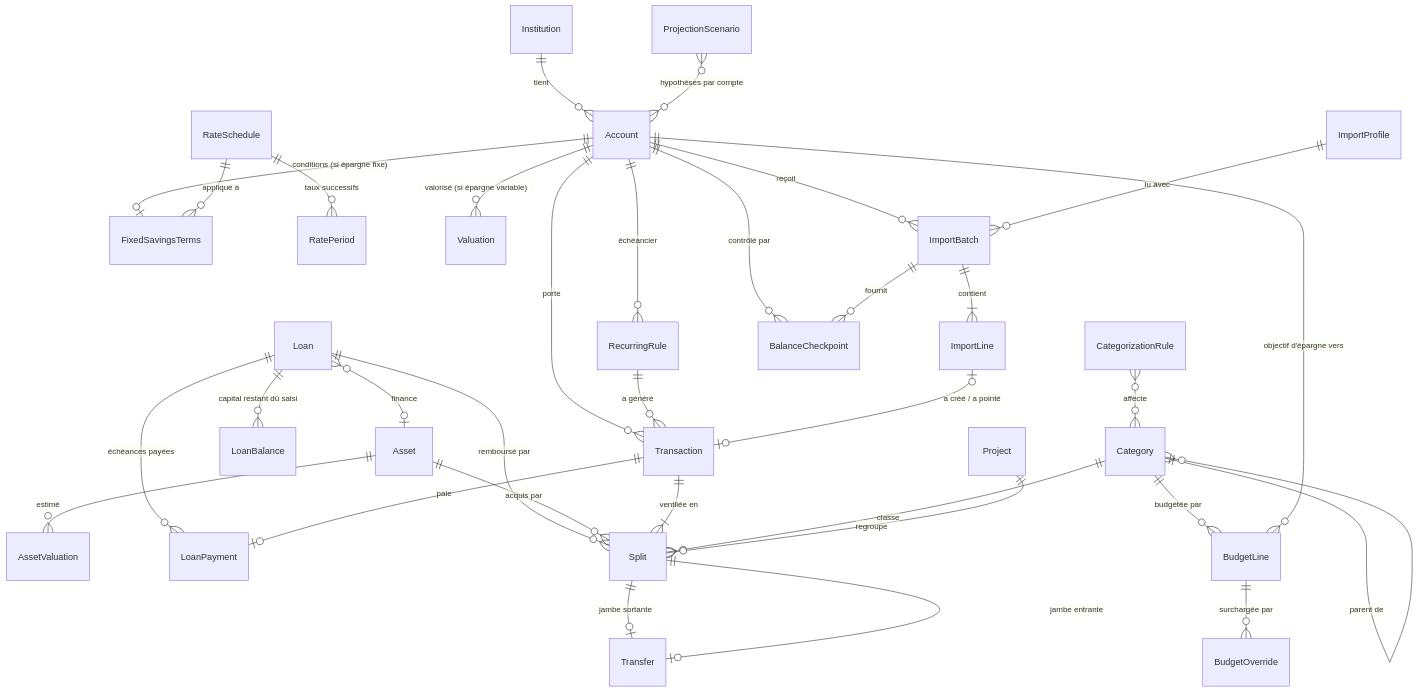
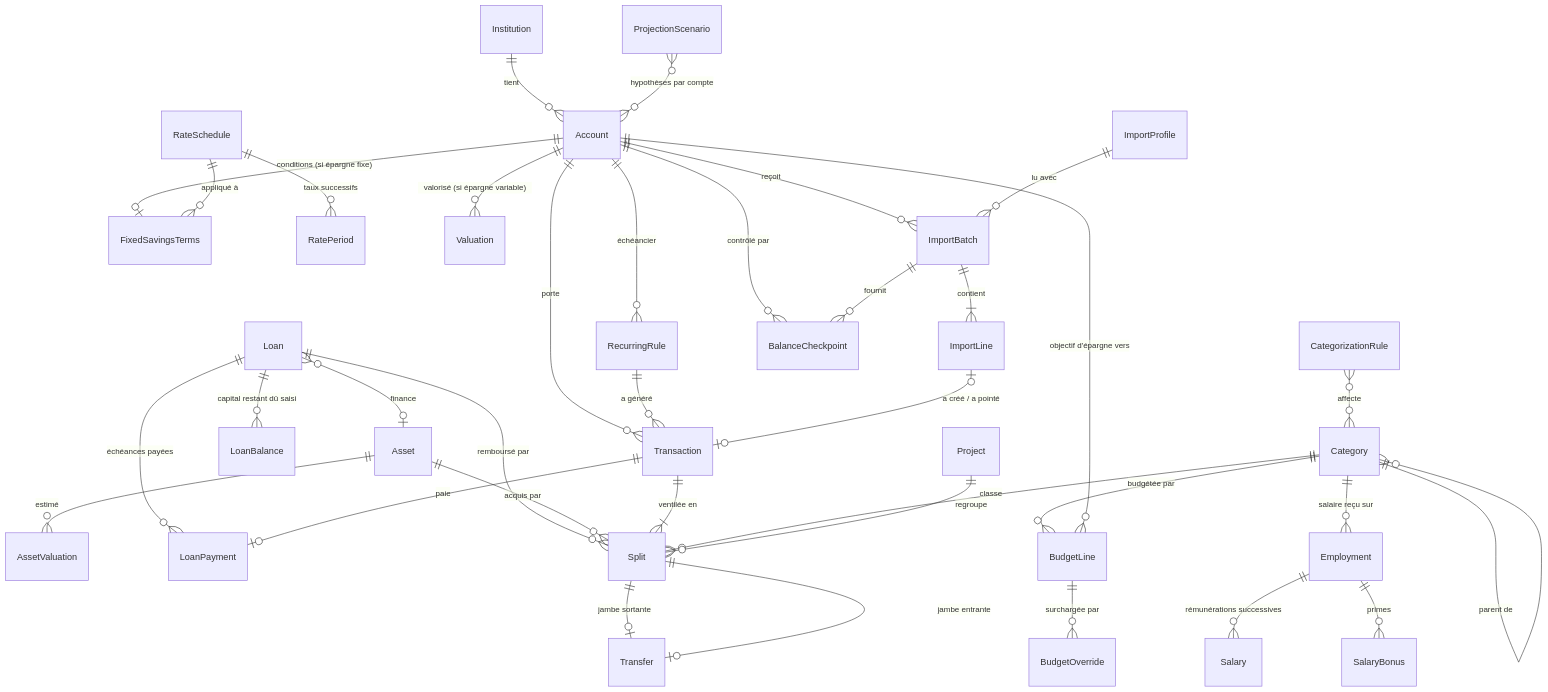
One commit to quentinpigne/cashflow changed the diagram in docs/modele-de-donnees.md. Above: the diagram before and after it, drawn with Mermaid. The commit also changed other lines of this file and 10 other files, not shown here.

````diff
--- a/docs/modele-de-donnees.md
+++ b/docs/modele-de-donnees.md
@@ -46,35 +46,38 @@
 ```mermaid
 erDiagram
     Institution ||--o{ Account : "tient"
     Account ||--o| FixedSavingsTerms : "conditions (si épargne fixe)"
     Asset ||--o{ AssetValuation : "estimé"
     Loan ||--o{ LoanBalance : "capital restant dû saisi"
     Loan }o--o| Asset : "finance"
     Loan ||--o{ LoanPayment : "échéances payées"
     Transaction ||--o| LoanPayment : "paie"
     Loan ||--o{ Split : "remboursé par"
     Asset ||--o{ Split : "acquis par"
+    Employment ||--o{ Salary : "rémunérations successives"
+    Employment ||--o{ SalaryBonus : "primes"
+    Category ||--o{ Employment : "salaire reçu sur"
     RateSchedule ||--o{ RatePeriod : "taux successifs"
     RateSchedule ||--o{ FixedSavingsTerms : "appliqué à"
     Account ||--o{ Valuation : "valorisé (si épargne variable)"
     Account ||--o{ Transaction : "porte"
     Transaction ||--|{ Split : "ventilée en"
     Category ||--o{ Split : "classe"
     Category ||--o{ Category : "parent de"
     Split ||--o| Transfer : "jambe sortante"
     Split ||--o| Transfer : "jambe entrante"
     Account ||--o{ RecurringRule : "échéancier"
     RecurringRule ||--o{ Transaction : "a généré"
     Account ||--o{ ImportBatch : "reçoit"
     ImportProfile ||--o{ ImportBatch : "lu avec"
     ImportBatch ||--|{ ImportLine : "contient"
     ImportLine |o--o| Transaction : "a créé / a pointé"
     Account ||--o{ BalanceCheckpoint : "contrôlé par"
     ImportBatch ||--o{ BalanceCheckpoint : "fournit"
     CategorizationRule }o--o{ Category : "affecte"
     ProjectionScenario }o--o{ Account : "hypothèses par compte"
     Project ||--o{ Split : "regroupe"
     Category ||--o{ BudgetLine : "budgétée par"
     Account ||--o{ BudgetLine : "objectif d'épargne vers"
     BudgetLine ||--o{ BudgetOverride : "surchargée par"
 ```
````
